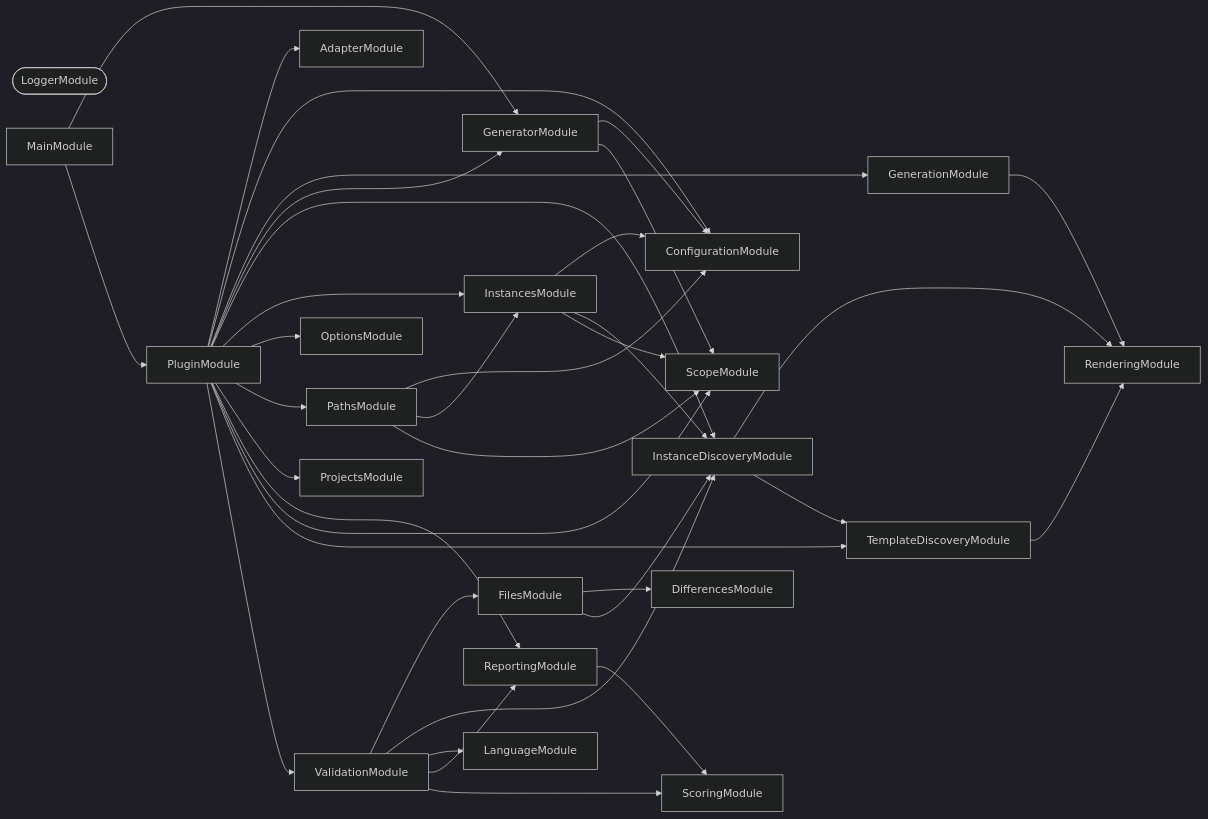
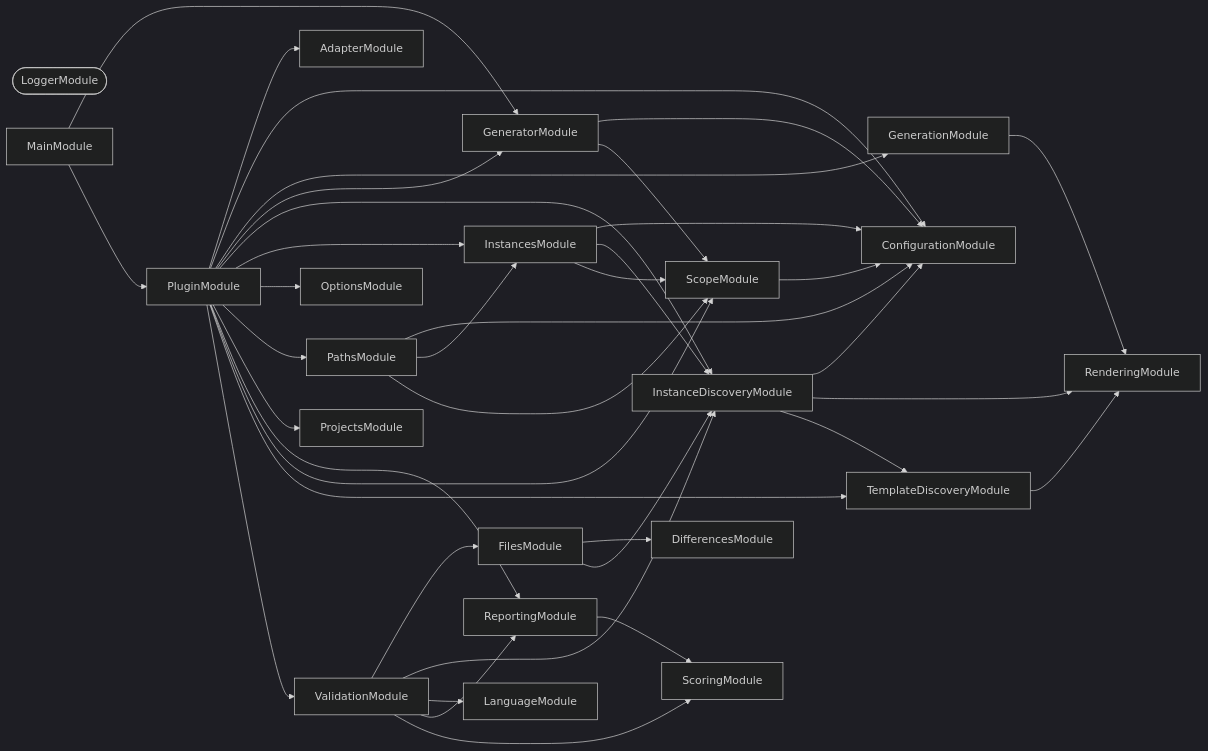
The second of 3 diagrams in packages/conformetry-nx/README.md (JimmyPaolini/codebase), drawn with Mermaid (dark theme) before and after one commit. The commit also changed other lines of this file and 15 other files, not shown here.

````diff
--- a/packages/conformetry-nx/README.md
+++ b/packages/conformetry-nx/README.md
@@ -423,59 +423,61 @@
 ```mermaid
 flowchart LR
   AdapterModule
   ConfigurationModule
   DifferencesModule
   FilesModule
   GenerationModule
   GeneratorModule
   InstanceDiscoveryModule
   InstancesModule
   LanguageModule
   LoggerModule([LoggerModule])
   MainModule
   OptionsModule
   PathsModule
   PluginModule
   ProjectsModule
   RenderingModule
   ReportingModule
   ScopeModule
   ScoringModule
   TemplateDiscoveryModule
   ValidationModule
   FilesModule --> DifferencesModule
   FilesModule --> InstanceDiscoveryModule
   GenerationModule --> RenderingModule
   GeneratorModule --> ConfigurationModule
   GeneratorModule --> ScopeModule
+  InstanceDiscoveryModule --> ConfigurationModule
   InstanceDiscoveryModule --> RenderingModule
   InstanceDiscoveryModule --> TemplateDiscoveryModule
   InstancesModule --> ConfigurationModule
   InstancesModule --> InstanceDiscoveryModule
   InstancesModule --> ScopeModule
   MainModule --> GeneratorModule
   MainModule --> PluginModule
   PathsModule --> ConfigurationModule
   PathsModule --> InstancesModule
   PathsModule --> ScopeModule
   PluginModule --> AdapterModule
   PluginModule --> ConfigurationModule
   PluginModule --> GenerationModule
   PluginModule --> GeneratorModule
   PluginModule --> InstanceDiscoveryModule
   PluginModule --> InstancesModule
   PluginModule --> OptionsModule
   PluginModule --> PathsModule
   PluginModule --> ProjectsModule
   PluginModule --> ReportingModule
   PluginModule --> ScopeModule
   PluginModule --> TemplateDiscoveryModule
   PluginModule --> ValidationModule
   ReportingModule --> ScoringModule
+  ScopeModule --> ConfigurationModule
   TemplateDiscoveryModule --> RenderingModule
   ValidationModule --> FilesModule
   ValidationModule --> InstanceDiscoveryModule
   ValidationModule --> LanguageModule
   ValidationModule --> ReportingModule
   ValidationModule --> ScoringModule
 ```
````
